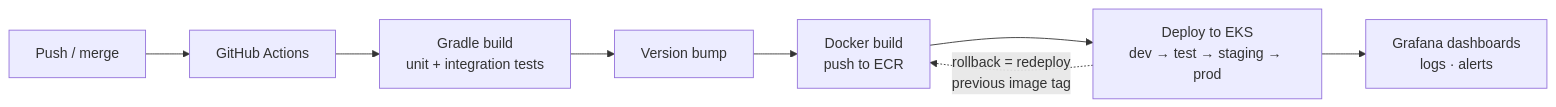
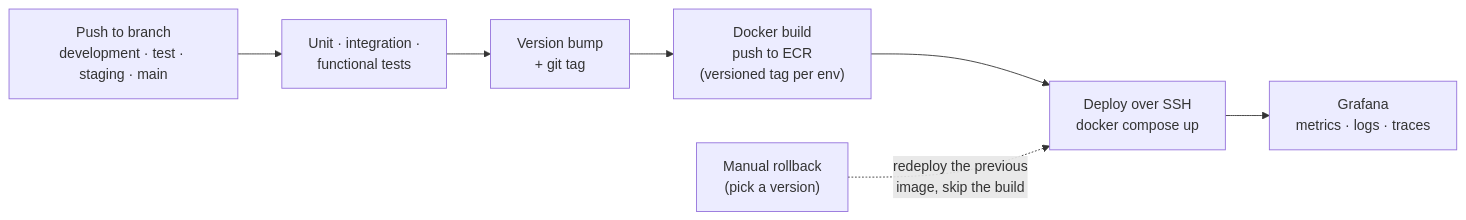
Before and after one commit to shubhajit93/security-awareness-platform-case-study: the third of 3 diagrams in README.md, drawn with Mermaid. The commit also changed other lines of this file and 1 other file, not shown here.

Commit message:
Align case study with the current system: EKS to Docker Compose move, SQS DLQs and consumers, CI/CD, observability, ownership

````diff
--- a/README.md
+++ b/README.md
@@ -137,10 +160,9 @@
 ```mermaid
 flowchart LR
-    DEV["Push / merge"] --> CI["GitHub Actions"]
-    CI --> B["Gradle build<br/>unit + integration tests"]
-    B --> V["Version bump"]
-    V --> IMG["Docker build<br/>push to ECR"]
-    IMG --> K8S["Deploy to EKS<br/>dev → test → staging → prod"]
-    K8S --> MON["Grafana dashboards<br/>logs · alerts"]
-    K8S -. "rollback = redeploy<br/>previous image tag" .-> IMG
+    DEV["Push to branch<br/>development · test · staging · main"] --> T["Unit · integration ·<br/>functional tests"]
+    T --> V["Version bump<br/>+ git tag"]
+    V --> IMG["Docker build<br/>push to ECR<br/>(versioned tag per env)"]
+    IMG --> D["Deploy over SSH<br/>docker compose up"]
+    D --> MON["Grafana<br/>metrics · logs · traces"]
+    R["Manual rollback<br/>(pick a version)"] -. "redeploy the previous<br/>image, skip the build" .-> D
 ```
````
